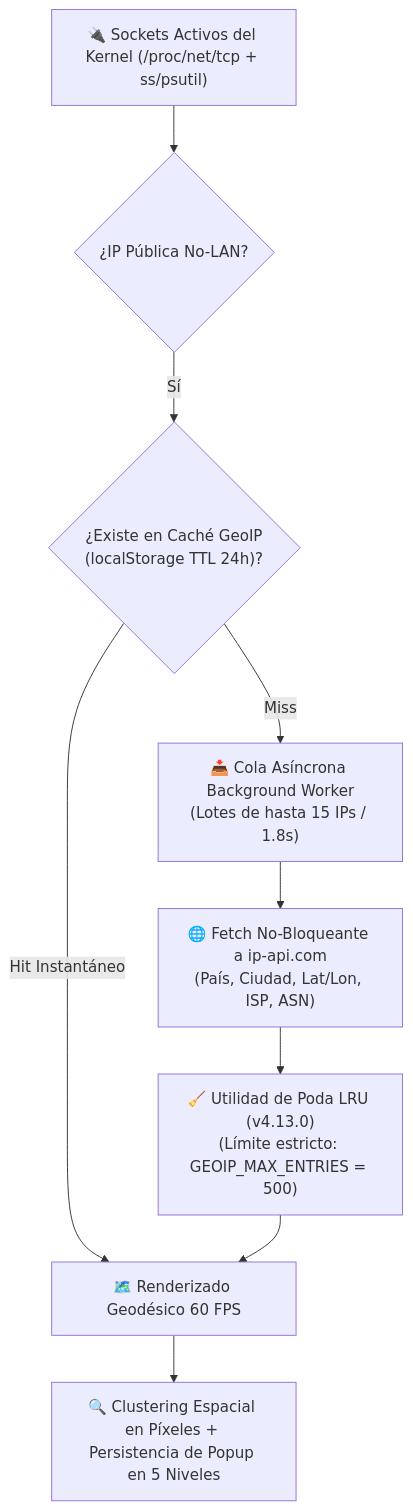
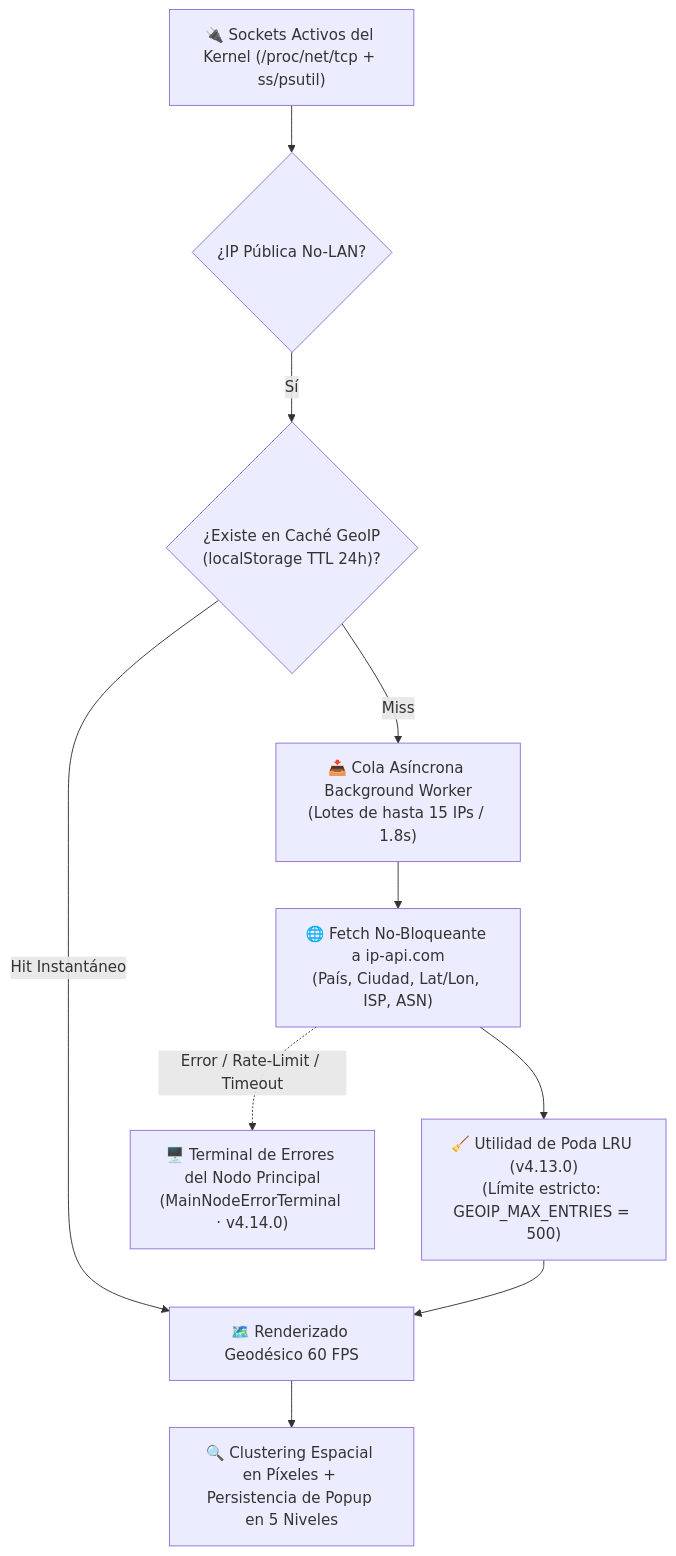
One commit to cminewarIA/recursos-ui changed the second of 5 diagrams in README.md. Above: the diagram before and after it, drawn with Mermaid. The commit also changed other lines of this file and 8 other files, not shown here.

First line of the commit message:
feat: add real-time GeoIP error terminal

````diff
--- a/README.md
+++ b/README.md
@@ -145,11 +145,12 @@
 ```mermaid
 flowchart TD
     S["🔌 Sockets Activos del Kernel (/proc/net/tcp + ss/psutil)"] --> F{"¿IP Pública No-LAN?"}
     F -- "Sí" --> C{"¿Existe en Caché GeoIP\n(localStorage TTL 24h)?"}
     C -- "Hit Instantáneo" --> M["🗺️ Renderizado Geodésico 60 FPS"]
     C -- "Miss" --> Q["📥 Cola Asíncrona Background Worker\n(Lotes de hasta 15 IPs / 1.8s)"]
     Q --> API["🌐 Fetch No-Bloqueante a ip-api.com\n(País, Ciudad, Lat/Lon, ISP, ASN)"]
     API --> LRU["🧹 Utilidad de Poda LRU (v4.13.0)\n(Límite estricto: GEOIP_MAX_ENTRIES = 500)"]
+    API -. "Error / Rate-Limit / Timeout" .-> TERM["🖥️ Terminal de Errores del Nodo Principal\n(MainNodeErrorTerminal · v4.14.0)"]
     LRU --> M
     M --> CL["🔍 Clustering Espacial en Píxeles + Persistencia de Popup en 5 Niveles"]
 ```
````
